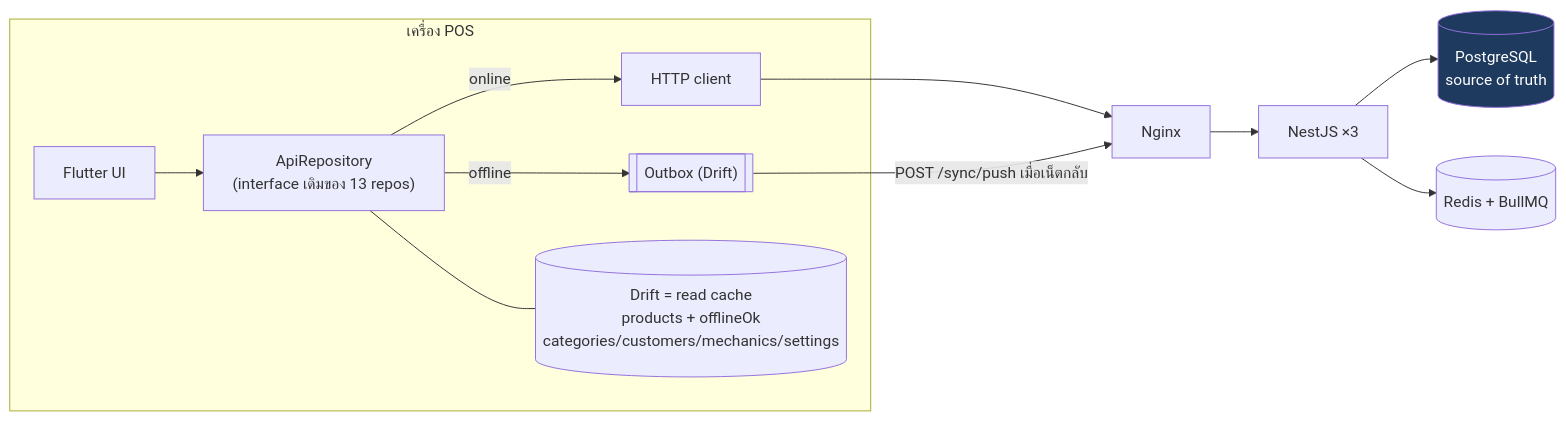
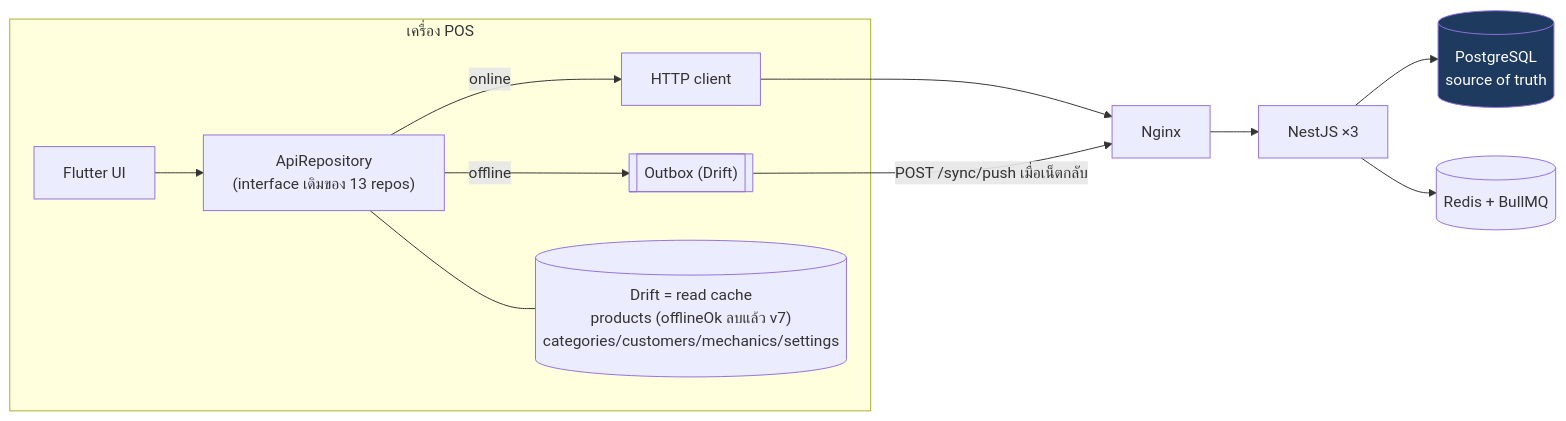
Before and after one commit to NuimanLP/srisurart-pos-flutter: the fifth of 7 diagrams in docs/Backend_design/03_ARCHITECTURE.md, drawn with Mermaid. The commit also changed other lines of this file and 15 other files, not shown here.

````diff
--- a/docs/Backend_design/03_ARCHITECTURE.md
+++ b/docs/Backend_design/03_ARCHITECTURE.md
@@ -220,16 +237,16 @@
 ```mermaid
 flowchart LR
     subgraph dev["เครื่อง POS"]
       UI["Flutter UI"] --> API["ApiRepository<br/>(interface เดิมของ 13 repos)"]
       API -->|online| HTTP["HTTP client"]
       API -->|offline| OB[["Outbox (Drift)"]]
-      CACHE[("Drift = read cache<br/>products + offlineOk<br/>categories/customers/mechanics/settings")]
+      CACHE[("Drift = read cache<br/>products (offlineOk ลบแล้ว v7)<br/>categories/customers/mechanics/settings")]
       API --- CACHE
     end
     HTTP --> NG["Nginx"]
     OB -->|"POST /sync/push เมื่อเน็ตกลับ"| NG
     NG --> N["NestJS ×3"]
     N --> PG[("PostgreSQL<br/>source of truth")]
     N --> RD[("Redis + BullMQ")]
     style PG fill:#1e3a5f,color:#fff
 ```
````
